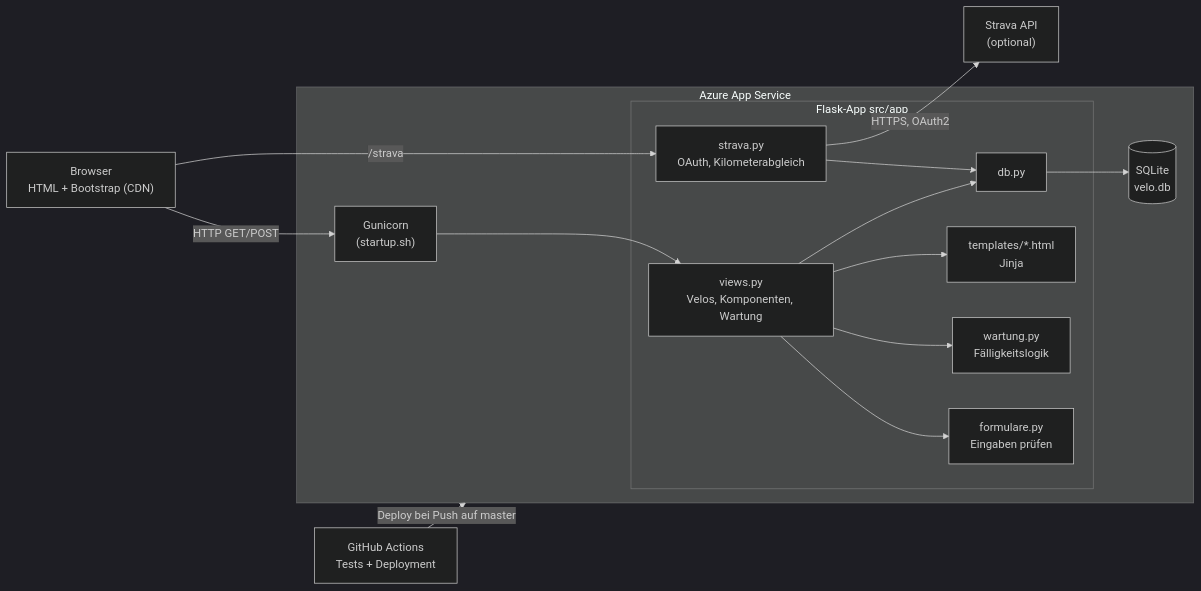
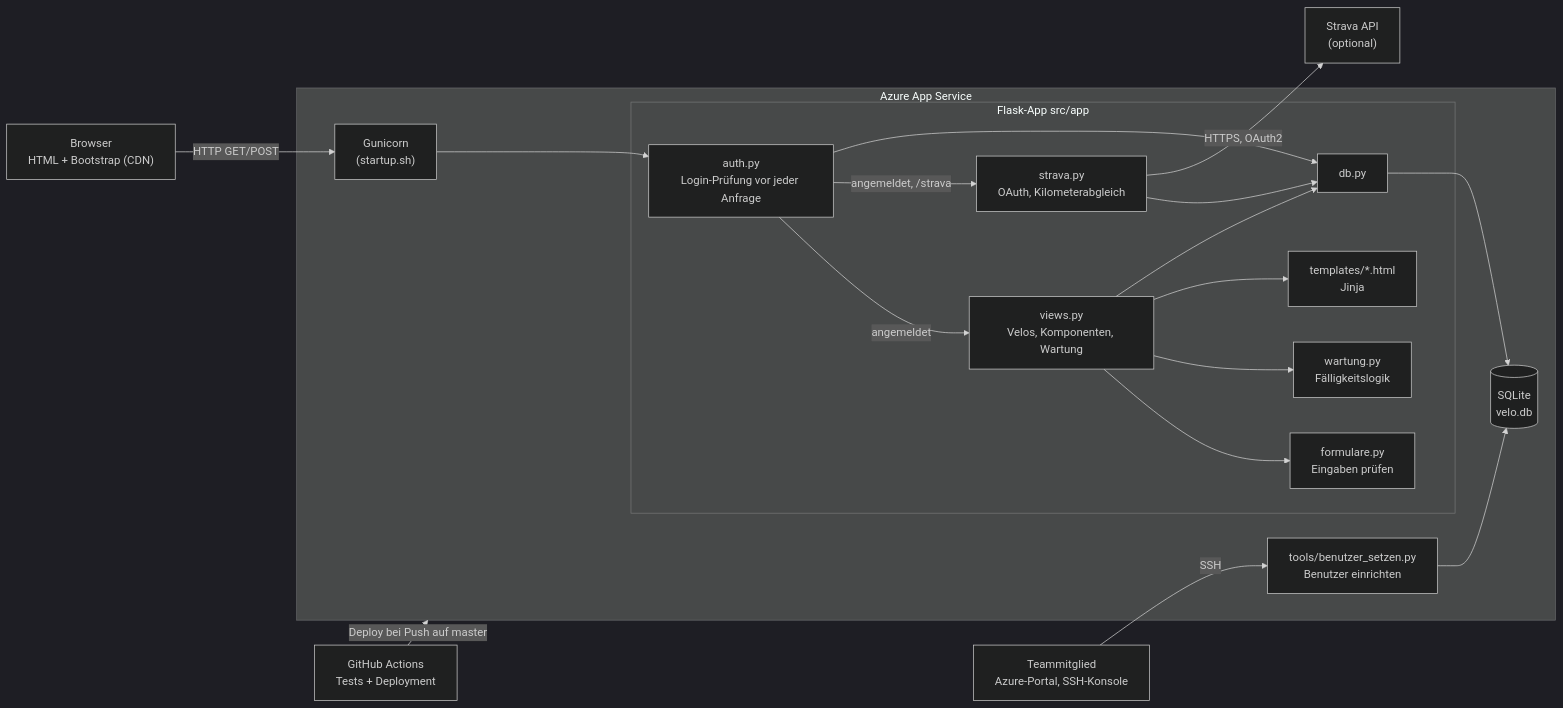
Before and after one commit to GNUEK/py_webapp_bern: the first of 5 diagrams in docs/architektur.md, drawn with Mermaid (dark theme). The commit also changed other lines of this file, not shown here.

````diff
--- a/docs/architektur.md
+++ b/docs/architektur.md
@@ -5,31 +5,37 @@
 ```mermaid
 flowchart LR
     Browser["Browser<br/>HTML + Bootstrap (CDN)"]
 
     subgraph Azure["Azure App Service"]
         Gunicorn["Gunicorn<br/>(startup.sh)"]
         subgraph Flask["Flask-App src/app"]
+            Auth["auth.py<br/>Login-Prüfung vor jeder Anfrage"]
             Views["views.py<br/>Velos, Komponenten, Wartung"]
             StravaMod["strava.py<br/>OAuth, Kilometerabgleich"]
             Formulare["formulare.py<br/>Eingaben prüfen"]
             Wartung["wartung.py<br/>Fälligkeitslogik"]
             Templates["templates/*.html<br/>Jinja"]
             DB["db.py"]
         end
         SQLite[("SQLite<br/>velo.db")]
+        Skript["tools/benutzer_setzen.py<br/>Benutzer einrichten"]
     end
 
     Strava["Strava API<br/>(optional)"]
     GitHub["GitHub Actions<br/>Tests + Deployment"]
+    Admin["Teammitglied<br/>Azure-Portal, SSH-Konsole"]
 
-    Browser -- "HTTP GET/POST" --> Gunicorn --> Views
-    Browser -- "/strava" --> StravaMod
+    Browser -- "HTTP GET/POST" --> Gunicorn --> Auth
+    Auth -- "angemeldet" --> Views
+    Auth -- "angemeldet, /strava" --> StravaMod
+    Auth --> DB
     Views --> Formulare
     Views --> Wartung
     Views --> Templates
     Views --> DB
     StravaMod --> DB
     StravaMod -- "HTTPS, OAuth2" --> Strava
     DB --> SQLite
+    Admin -- "SSH" --> Skript --> SQLite
     GitHub -- "Deploy bei Push auf master" --> Azure
 ```
````
